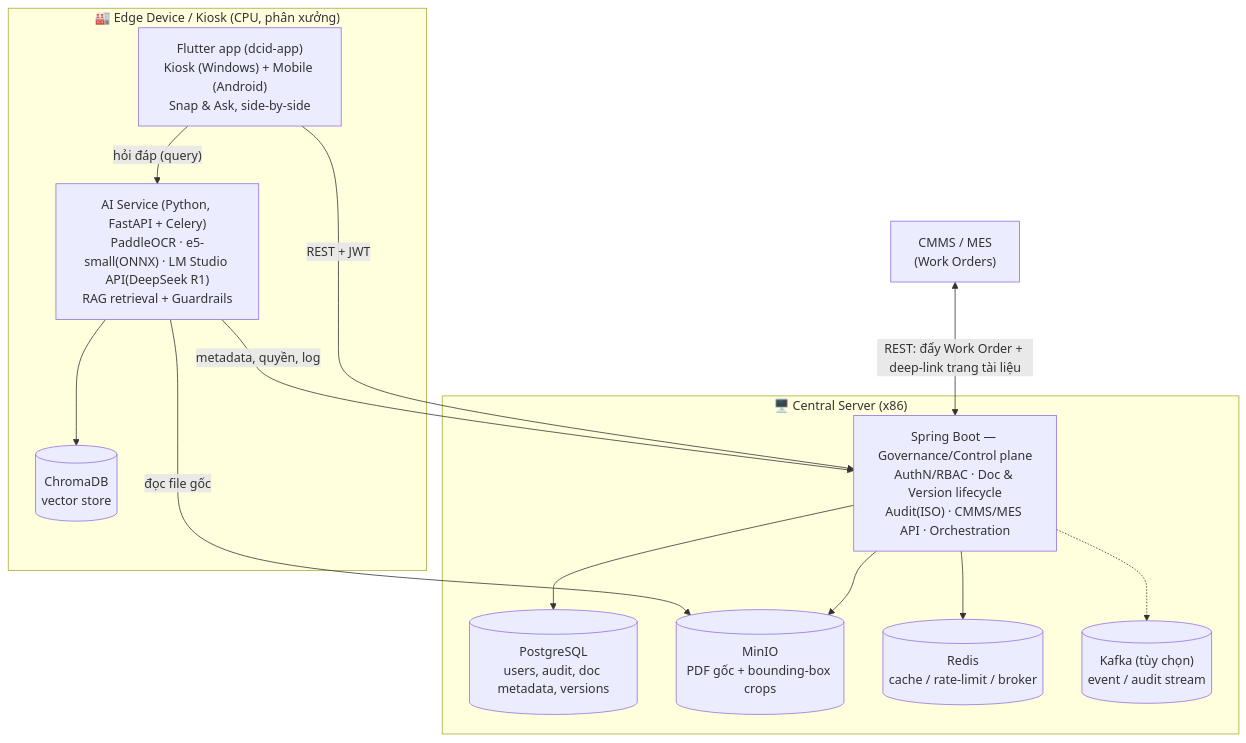
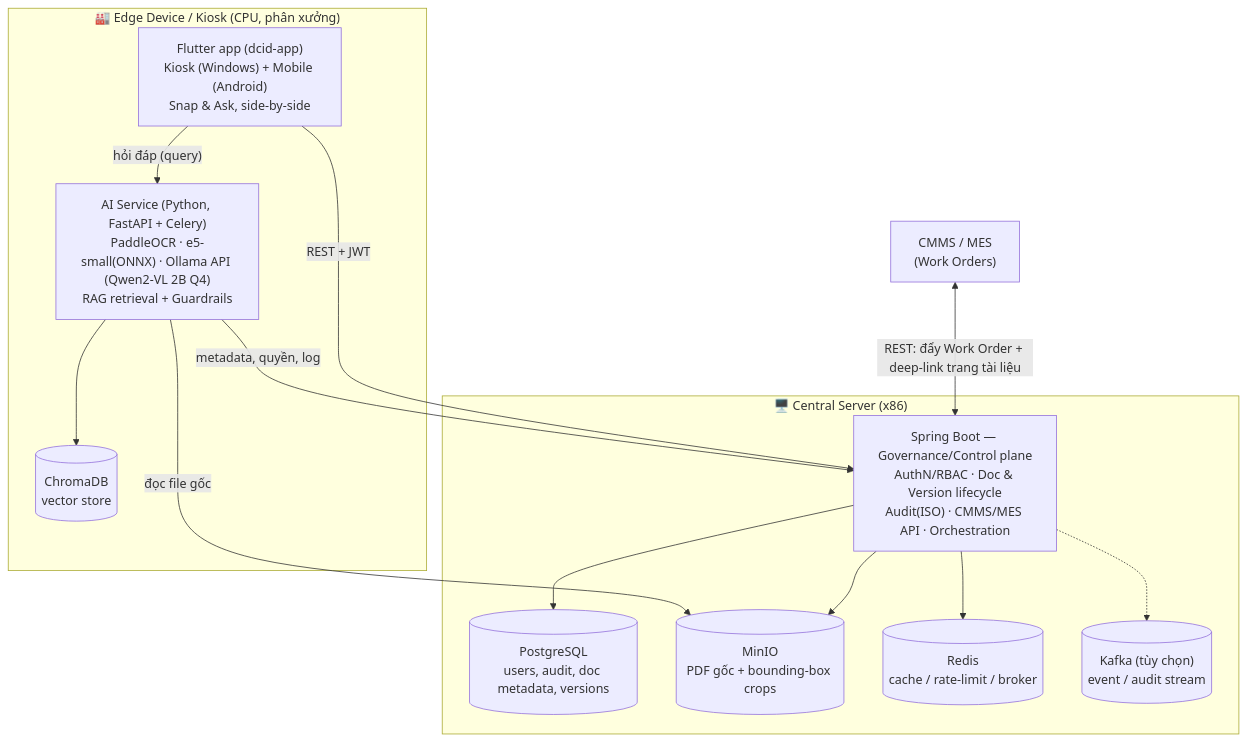
The first of 3 diagrams in docs/ARCHITECTURE.md (hacker-sama/dcid-web), drawn with Mermaid before and after one commit. The commit also changed other lines of this file and 22 other files, not shown here.

````diff
--- a/docs/ARCHITECTURE.md
+++ b/docs/ARCHITECTURE.md
@@ -28,29 +28,29 @@
 ```mermaid
 flowchart TB
     subgraph Edge["🏭 Edge Device / Kiosk (CPU, phân xưởng)"]
         UI["Flutter app (dcid-app)\nKiosk (Windows) + Mobile (Android)\nSnap & Ask, side-by-side"]
-        AISVC["AI Service (Python, FastAPI + Celery)\nPaddleOCR · e5-small(ONNX) · LM Studio API(DeepSeek R1)\nRAG retrieval + Guardrails"]
+        AISVC["AI Service (Python, FastAPI + Celery)\nPaddleOCR · e5-small(ONNX) · Ollama API (Qwen2-VL 2B Q4)\nRAG retrieval + Guardrails"]
         CHROMA[("ChromaDB\nvector store")]
     end
 
     subgraph Central["🖥️ Central Server (x86)"]
         BE["Spring Boot — Governance/Control plane\nAuthN/RBAC · Doc & Version lifecycle\nAudit(ISO) · CMMS/MES API · Orchestration"]
         PG[("PostgreSQL\nusers, audit, doc metadata, versions")]
         MINIO[("MinIO\nPDF gốc + bounding-box crops")]
         REDIS[("Redis\ncache / rate-limit / broker")]
         KAFKA[("Kafka (tùy chọn)\nevent / audit stream")]
     end
 
     CMMS["CMMS / MES\n(Work Orders)"]
 
     UI -->|"REST + JWT"| BE
     UI -->|"hỏi đáp (query)"| AISVC
     AISVC -->|"metadata, quyền, log"| BE
     AISVC --> CHROMA
     BE --> PG
     BE --> MINIO
     BE --> REDIS
     BE -.-> KAFKA
     AISVC -->|"đọc file gốc"| MINIO
     CMMS <-->|"REST: đẩy Work Order + deep-link trang tài liệu"| BE
 ```
````
